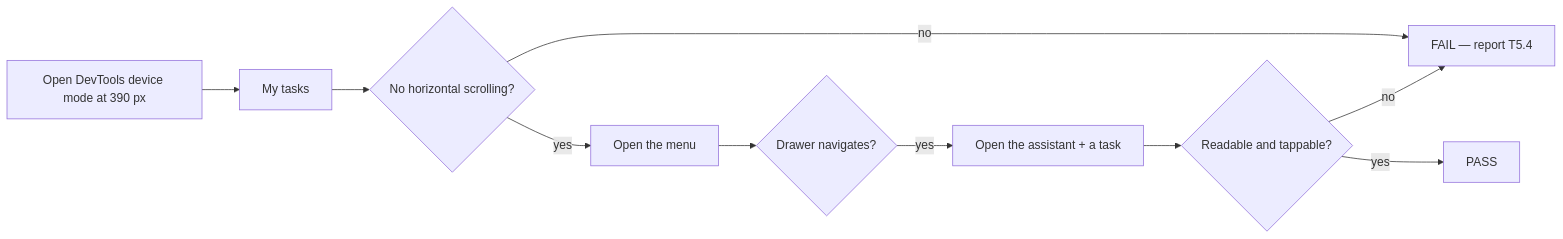
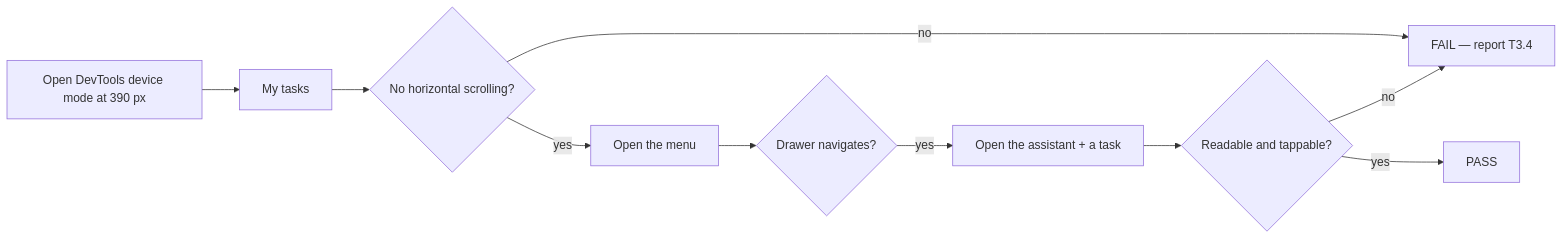
Diagram 23 of 25 in docs/TESTER_GUIDE.md (DeepxD-code/LeadDesk), drawn with Mermaid before and after one commit. The commit also changed other lines of this file and 8 other files, not shown here.

````diff
--- a/docs/TESTER_GUIDE.md
+++ b/docs/TESTER_GUIDE.md
@@ -893,12 +893,12 @@
 ```mermaid
 flowchart LR
   A["Open DevTools device mode at 390 px"] --> B["My tasks"]
   B --> C{"No horizontal scrolling?"}
-  C -->|no| X["FAIL — report T5.4"]
+  C -->|no| X["FAIL — report T3.4"]
   C -->|yes| D["Open the menu"]
   D --> E{"Drawer navigates?"}
   E -->|yes| F["Open the assistant + a task"]
   F --> G{"Readable and tappable?"}
   G -->|yes| P[PASS]
   G -->|no| X
 ```
````
